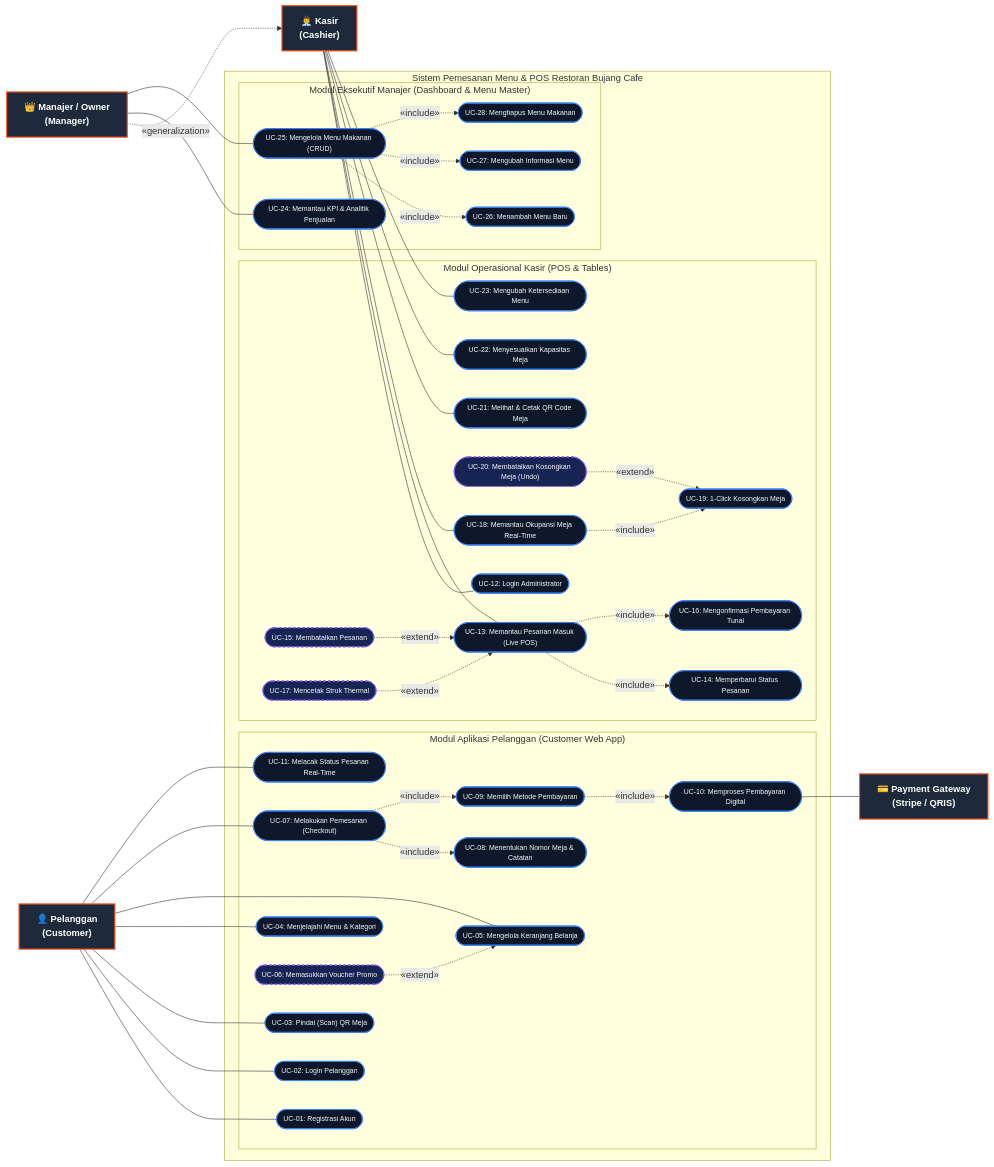
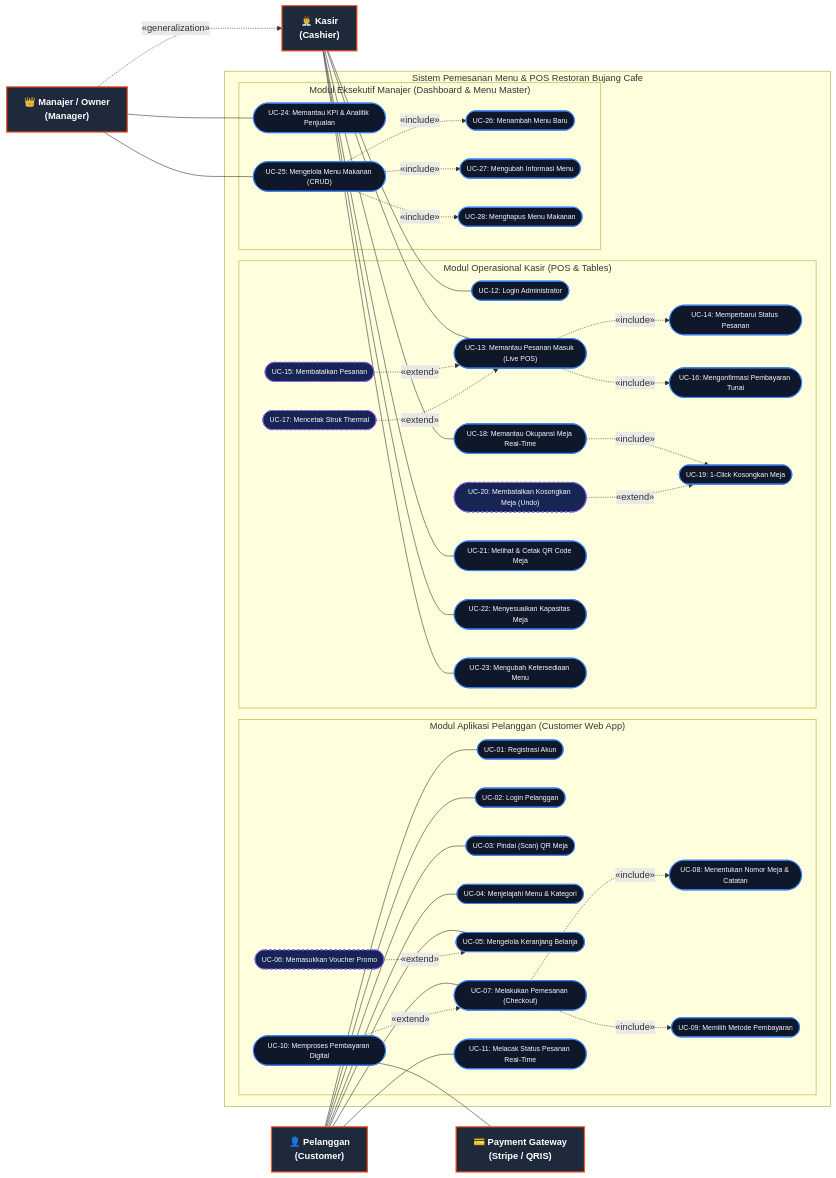
Before and after one commit to shidiqfzr/menu-ordering-app-deploy: the diagram in USE_CASE_DIAGRAM.md, drawn with Mermaid. The commit also changed other lines of this file and 8 other files, not shown here.

```diff
--- a/USE_CASE_DIAGRAM.md
+++ b/USE_CASE_DIAGRAM.md
@@ -114,7 +114,7 @@
     UC06 -. "«extend»" .-> UC05
     UC07 -. "«include»" .-> UC08
     UC07 -. "«include»" .-> UC09
-    UC09 -. "«include»" .-> UC10
+    UC10 -. "«extend»" .-> UC07
     UC10 --- StripeSystem
 
     %% ──────────────────────────────────────────────────────────
```
